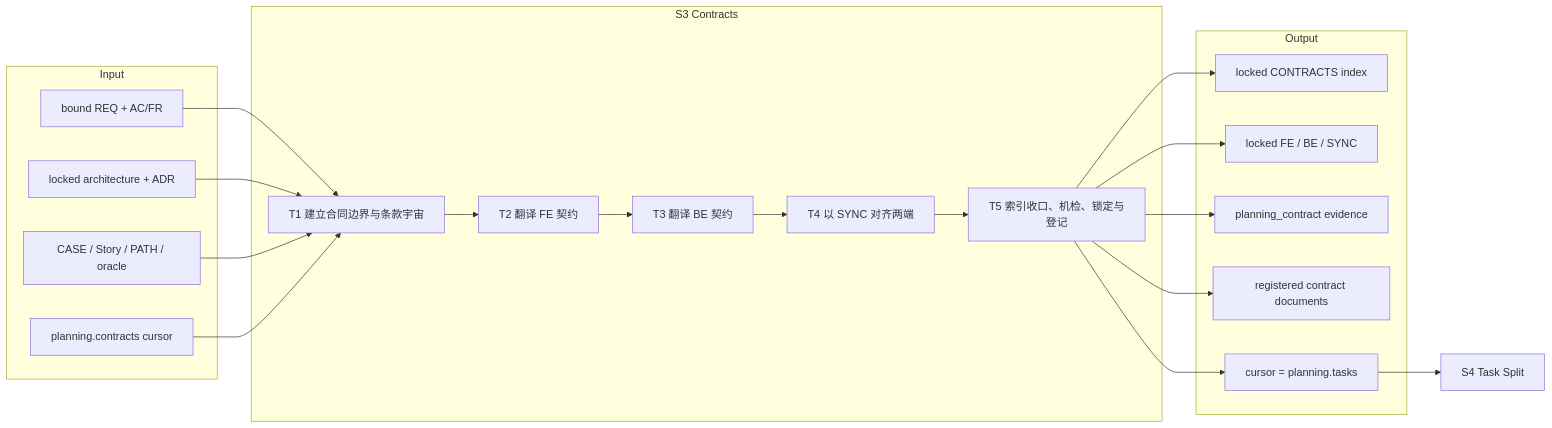
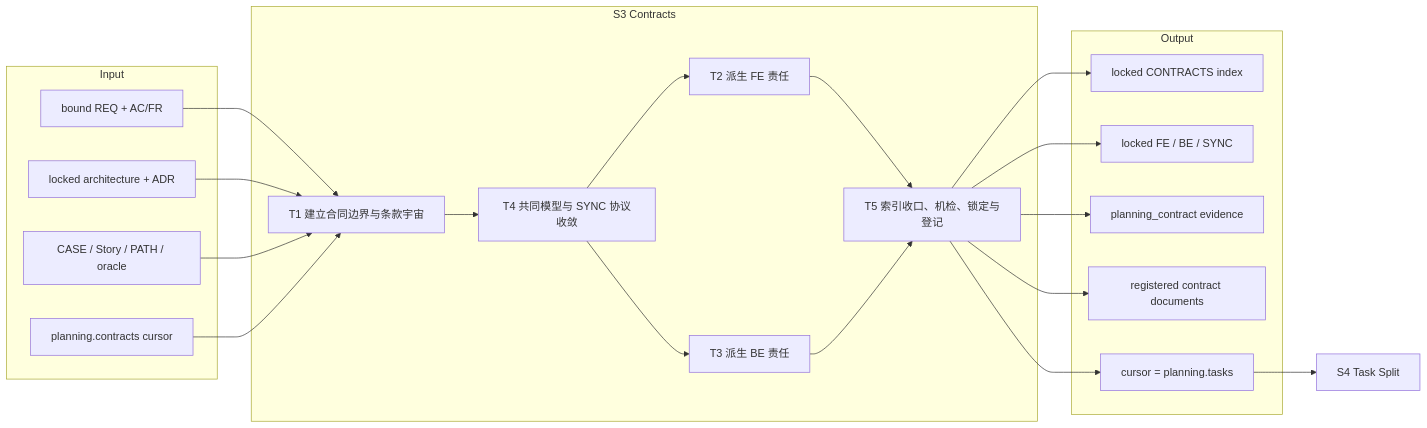
Before and after one commit to Sebs-Lee/go-system-builder: the first of 2 diagrams in blueprint/L3-S3-contracts.md, drawn with Mermaid. The commit also changed other lines of this file and 223 other files, not shown here.

````diff
--- a/blueprint/L3-S3-contracts.md
+++ b/blueprint/L3-S3-contracts.md
@@ -35,35 +35,36 @@
 ```mermaid
 flowchart LR
     subgraph INPUT["Input"]
         I1["bound REQ + AC/FR"]
         I2["locked architecture + ADR"]
         I3["CASE / Story / PATH / oracle"]
         I4["planning.contracts cursor"]
     end
 
     subgraph S3["S3 Contracts"]
-        T1["T1 建立合同边界与条款宇宙"] --> T2["T2 翻译 FE 契约"]
-        T2 --> T3["T3 翻译 BE 契约"]
-        T3 --> T4["T4 以 SYNC 对齐两端"]
-        T4 --> T5["T5 索引收口、机检、锁定与登记"]
+        T1["T1 建立合同边界与条款宇宙"] --> T4["T4 共同模型与 SYNC 协议收敛"]
+        T4 --> T2["T2 派生 FE 责任"]
+        T4 --> T3["T3 派生 BE 责任"]
+        T2 --> T5["T5 索引收口、机检、锁定与登记"]
+        T3 --> T5
     end
 
     subgraph OUTPUT["Output"]
         O1["locked CONTRACTS index"]
         O2["locked FE / BE / SYNC"]
         O3["planning_contract evidence"]
         O4["registered contract documents"]
         O5["cursor = planning.tasks"]
     end
 
     I1 --> T1
     I2 --> T1
     I3 --> T1
     I4 --> T1
     T5 --> O1
     T5 --> O2
     T5 --> O3
     T5 --> O4
     T5 --> O5
     O5 --> NEXT["S4 Task Split"]
 ```
````
